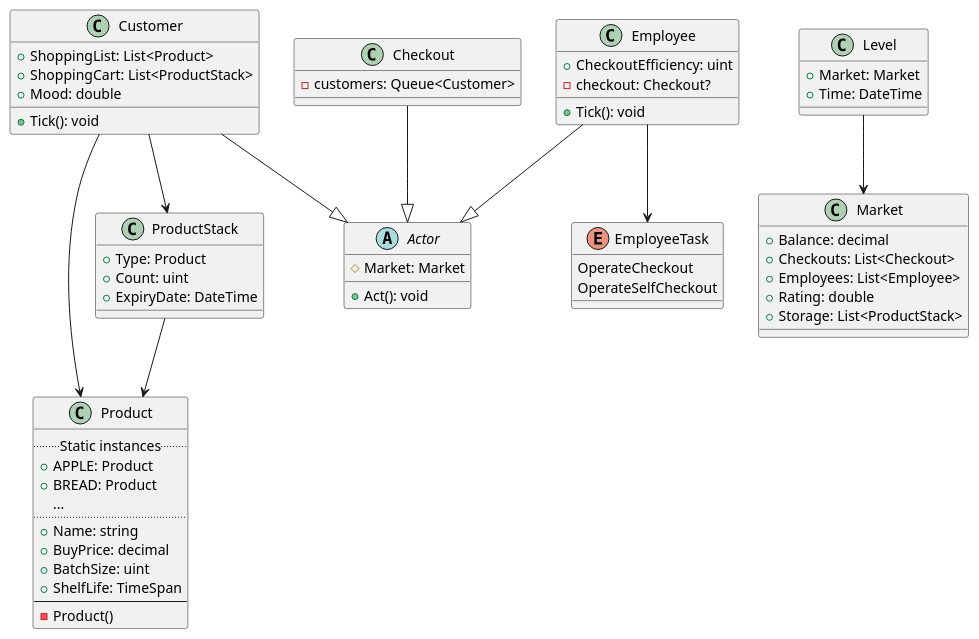
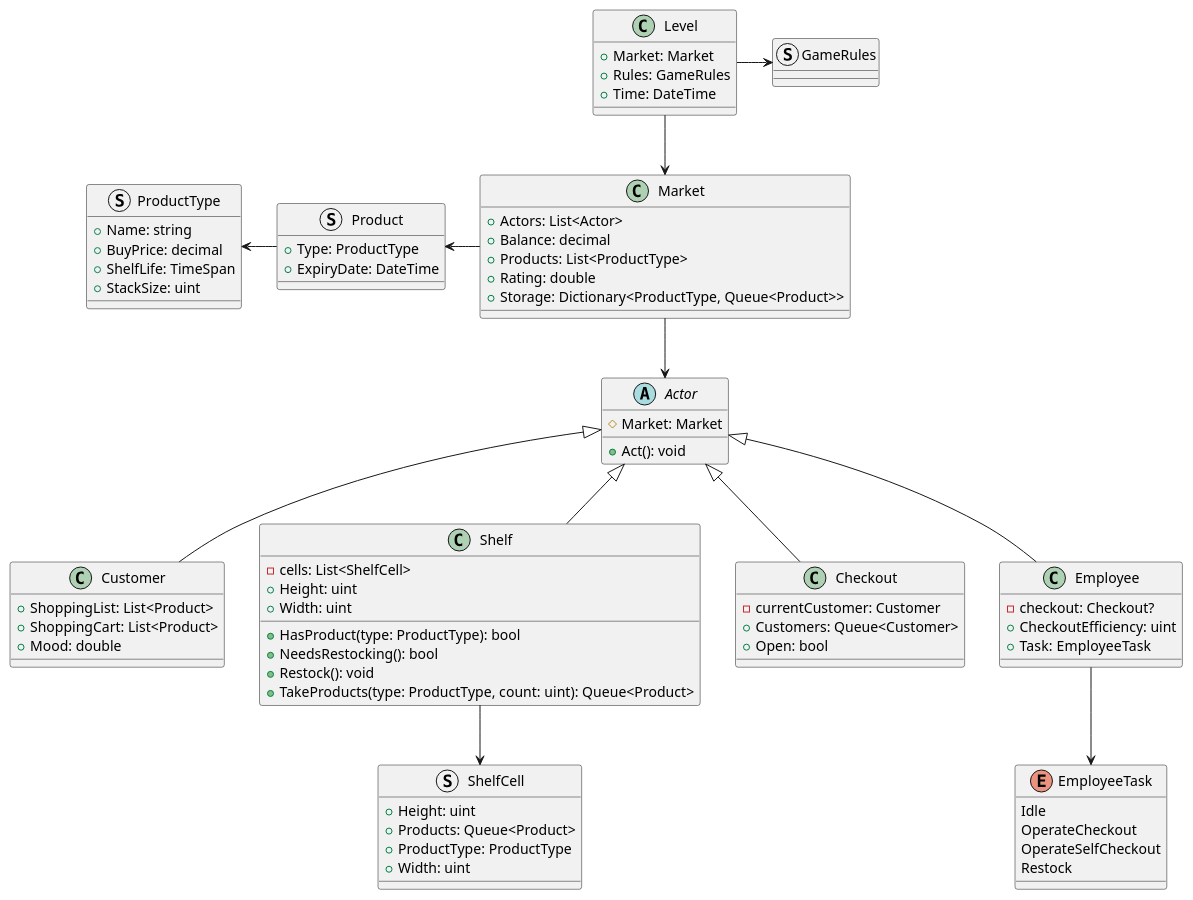
One commit to ebsksjk/untitled-tycoon-game changed the diagram in notizen/diagram.plantuml. Above: the diagram before and after it, drawn with PlantUML.

Commit message:
updated uml

```diff
--- a/notizen/diagram.plantuml
+++ b/notizen/diagram.plantuml
@@ -1,68 +1,88 @@
 @startuml untitled-tycoon-game
-class Product {
-    .. Static instances ..
-    +APPLE: Product
-    +BREAD: Product
-    ...
-    ..
+struct ProductType {
     +Name: string
     +BuyPrice: decimal
-    +BatchSize: uint
     +ShelfLife: TimeSpan
-    --
-    -Product()
+    +StackSize: uint
 }
-class ProductStack {
-    +Type: Product
-    +Count: uint
+struct Product {
+    +Type: ProductType
     +ExpiryDate: DateTime
 }
-ProductStack --> Product
+Product -left-> ProductType
 
 abstract class Actor {
     #Market: Market
     +Act(): void
 }
 
 class Customer {
     +ShoppingList: List<Product>
-    +ShoppingCart: List<ProductStack>
+    +ShoppingCart: List<Product>
     +Mood: double
-    +Tick(): void
 }
-Customer --|> Actor
-Customer --> Product
-Customer --> ProductStack
+Customer -up-|> Actor
+
+struct ShelfCell {
+    +Height: uint
+    +Products: Queue<Product>
+    +ProductType: ProductType
+    +Width: uint
+}
+
+class Shelf {
+    -cells: List<ShelfCell>
+    +Height: uint
+    +Width: uint
+    +HasProduct(type: ProductType): bool
+    +NeedsRestocking(): bool
+    +Restock(): void
+    +TakeProducts(type: ProductType, count: uint): Queue<Product>
+}
+Shelf -up-|> Actor
+Shelf -down-> ShelfCell
 
 class Checkout {
-    -customers: Queue<Customer>
+    -currentCustomer: Customer
+    +Customers: Queue<Customer>
+    +Open: bool
 }
-Checkout --|> Actor
+Checkout -up-|> Actor
 
 enum EmployeeTask  {
+    Idle
     OperateCheckout
     OperateSelfCheckout
+    Restock
 }
 
 class Employee {
+    -checkout: Checkout?
     +CheckoutEfficiency: uint
-    -checkout: Checkout?
-    +Tick(): void
+    +Task: EmployeeTask
 }
-Employee --|> Actor
+Employee -up-|> Actor
 Employee --> EmployeeTask
 
 class Market {
+    +Actors: List<Actor>
     +Balance: decimal
-    +Checkouts: List<Checkout>
-    +Employees: List<Employee>
+    +Products: List<ProductType>
     +Rating: double
-    +Storage: List<ProductStack>
+    +Storage: Dictionary<ProductType, Queue<Product>>
+}
+Market --> Actor
+Market -left-> Product
+
+struct GameRules {
+    
 }
 
 class Level {
     +Market: Market
+    +Rules: GameRules
     +Time: DateTime
 }
+Level -right-> GameRules
 Level --> Market
 @enduml
```
